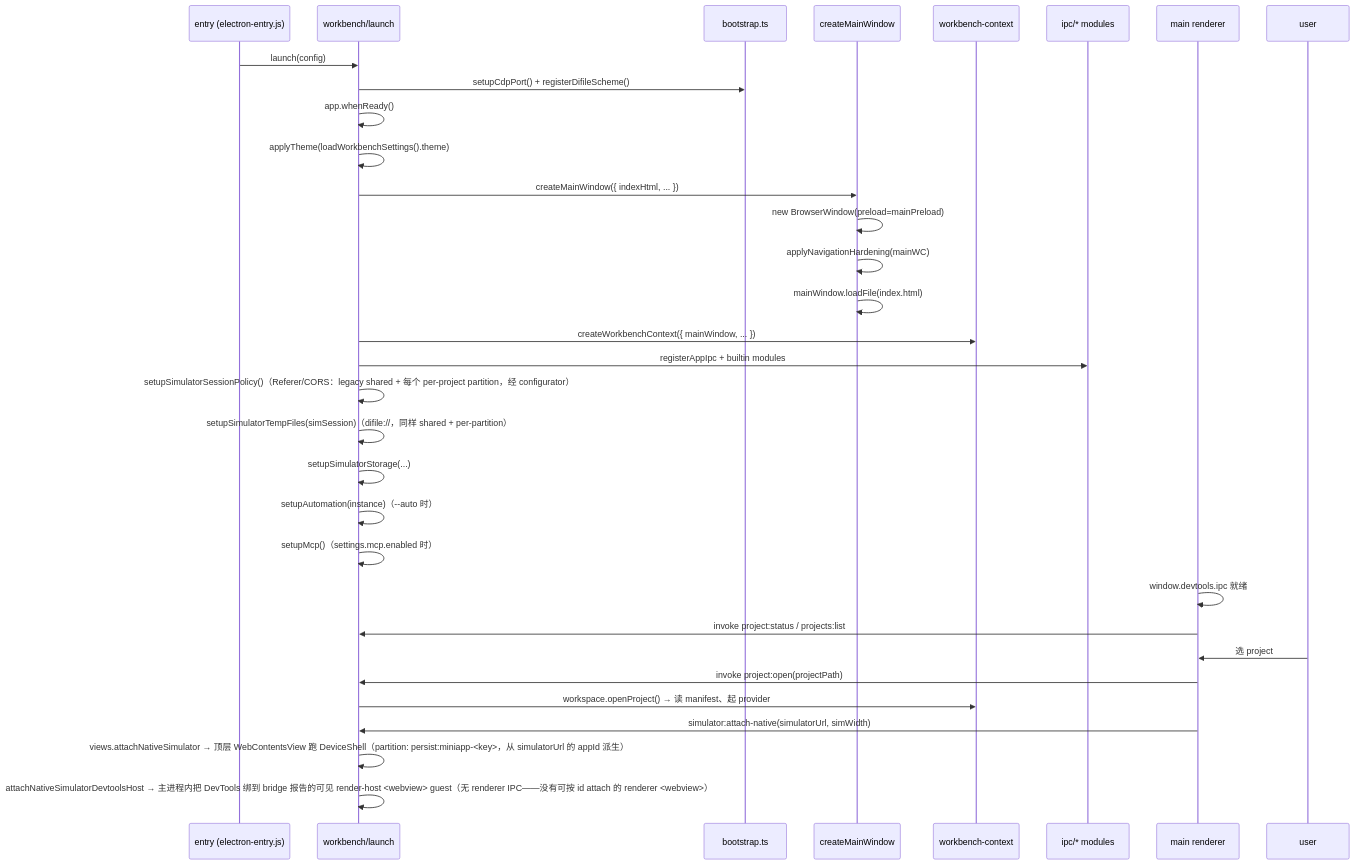
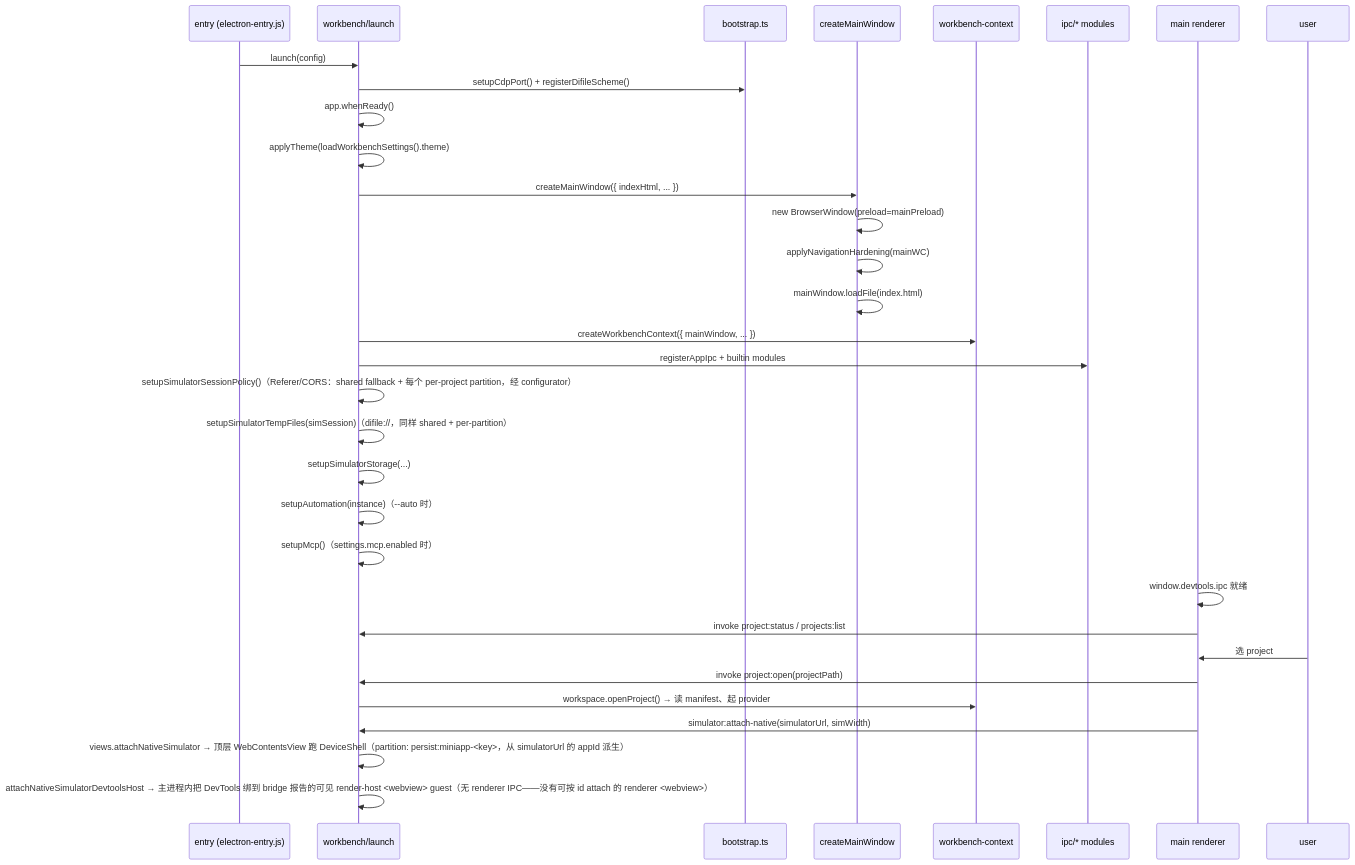
The diagram in packages/devtools/docs/electron-container.md (EchoTechFE/dimina-kit), drawn with Mermaid before and after one commit. The commit also changed other lines of this file and 70 other files, not shown here.

````diff
--- a/packages/devtools/docs/electron-container.md
+++ b/packages/devtools/docs/electron-container.md
@@ -363,35 +369,35 @@
 ```mermaid
 sequenceDiagram
   participant Entry as entry (electron-entry.js)
   participant App as workbench/launch
   participant Boot as bootstrap.ts
   participant Win as createMainWindow
   participant Ctx as workbench-context
   participant Ipc as ipc/* modules
   participant R as main renderer
   participant U as user
 
   Entry->>App: launch(config)
   App->>Boot: setupCdpPort() + registerDifileScheme()
   App->>App: app.whenReady()
   App->>App: applyTheme(loadWorkbenchSettings().theme)
   App->>Win: createMainWindow({ indexHtml, ... })
   Win->>Win: new BrowserWindow(preload=mainPreload)
   Win->>Win: applyNavigationHardening(mainWC)
   Win->>Win: mainWindow.loadFile(index.html)
   App->>Ctx: createWorkbenchContext({ mainWindow, ... })
   App->>Ipc: registerAppIpc + builtin modules
-  App->>App: setupSimulatorSessionPolicy()（Referer/CORS：legacy shared + 每个 per-project partition，经 configurator）
+  App->>App: setupSimulatorSessionPolicy()（Referer/CORS：shared fallback + 每个 per-project partition，经 configurator）
   App->>App: setupSimulatorTempFiles(simSession)（difile://，同样 shared + per-partition）
   App->>App: setupSimulatorStorage(...)
   App->>App: setupAutomation(instance)（--auto 时）
   App->>App: setupMcp()（settings.mcp.enabled 时）
   R->>R: window.devtools.ipc 就绪
   R->>App: invoke project:status / projects:list
   U->>R: 选 project
   R->>App: invoke project:open(projectPath)
   App->>Ctx: workspace.openProject() → 读 manifest、起 provider
   R->>App: simulator:attach-native(simulatorUrl, simWidth)
   App->>App: views.attachNativeSimulator → 顶层 WebContentsView 跑 DeviceShell（partition: persist:miniapp-<key>，从 simulatorUrl 的 appId 派生）
   App->>App: attachNativeSimulatorDevtoolsHost → 主进程内把 DevTools 绑到 bridge 报告的可见 render-host <webview> guest（无 renderer IPC——没有可按 id attach 的 renderer <webview>）
 ```
````
